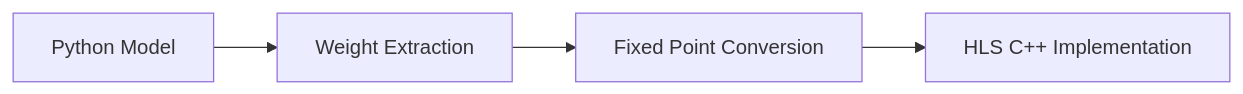
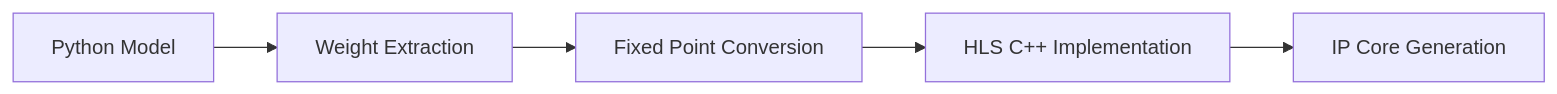
The second of 4 diagrams in README.md (Turman8/Project), drawn with Mermaid before and after one commit. The commit also changed other lines of this file and 4 other files, not shown here.

````diff
--- a/README.md
+++ b/README.md
@@ -42,4 +47,4 @@
 ```mermaid
 graph LR
-    E[Python Model] --> F[Weight Extraction] --> G[Fixed Point Conversion] --> H[HLS C++ Implementation]
+    E[Python Model] --> F[Weight Extraction] --> G[Fixed Point Conversion] --> H[HLS C++ Implementation] --> I[IP Core Generation]
 ```
````
